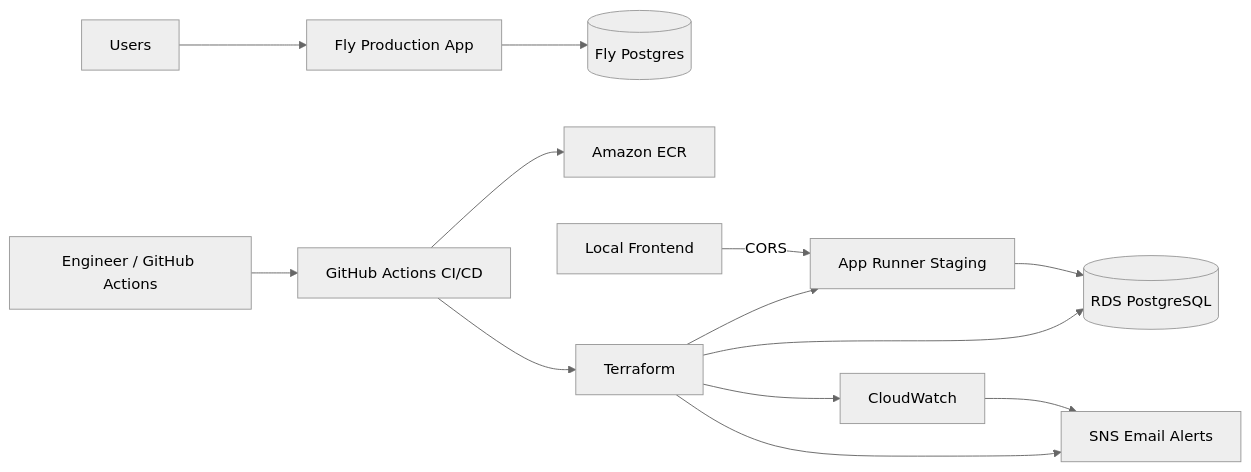
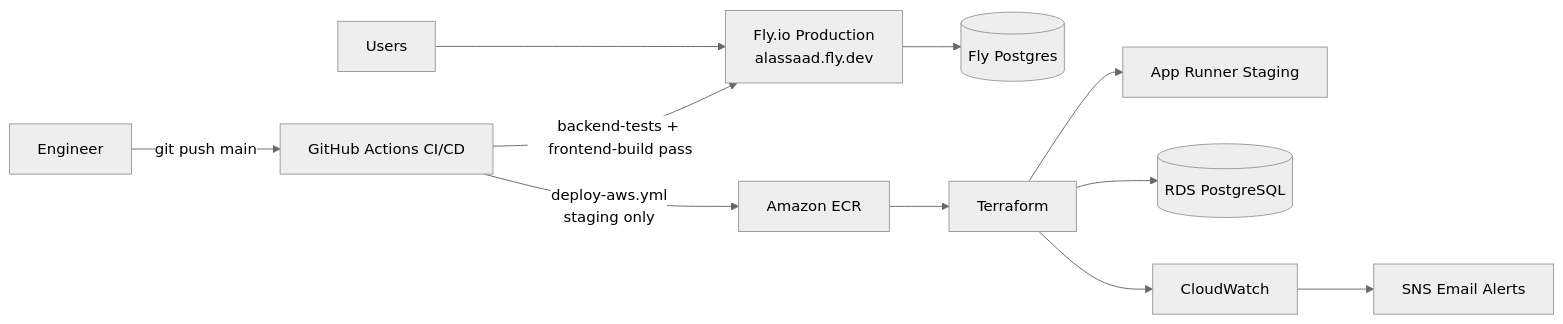
One commit to BassamAA/constructiondashboard changed the first of 3 diagrams in README.md. Above: the diagram before and after it, drawn with Mermaid (neutral theme). The commit also changed other lines of this file, not shown here.

Commit message:
Update README: add deploy-fly.yml CI, fix architecture diagrams, fix staging paths

````diff
--- a/README.md
+++ b/README.md
@@ -79,18 +78,15 @@
 ```mermaid
 flowchart LR
-    User[Users] --> Fly[Fly Production App]
+    User[Users] --> Fly[Fly.io Production\nalassaad.fly.dev]
     Fly --> FlyDB[(Fly Postgres)]
 
-    Engineer[Engineer / GitHub Actions] --> GH[GitHub Actions CI/CD]
-    GH --> ECR[Amazon ECR]
-    GH --> TF[Terraform]
+    Engineer[Engineer] -->|git push main| GH[GitHub Actions CI/CD]
+    GH -->|backend-tests + frontend-build pass| Fly
 
+    GH -->|deploy-aws.yml\nstaging only| ECR[Amazon ECR]
+    ECR --> TF[Terraform]
     TF --> AR[App Runner Staging]
     TF --> RDS[(RDS PostgreSQL)]
     TF --> CW[CloudWatch]
-    TF --> SNS[SNS Email Alerts]
-
-    LocalFE[Local Frontend] -->|CORS| AR
-    AR --> RDS
-    CW --> SNS
+    CW --> SNS[SNS Email Alerts]
 ```
````
